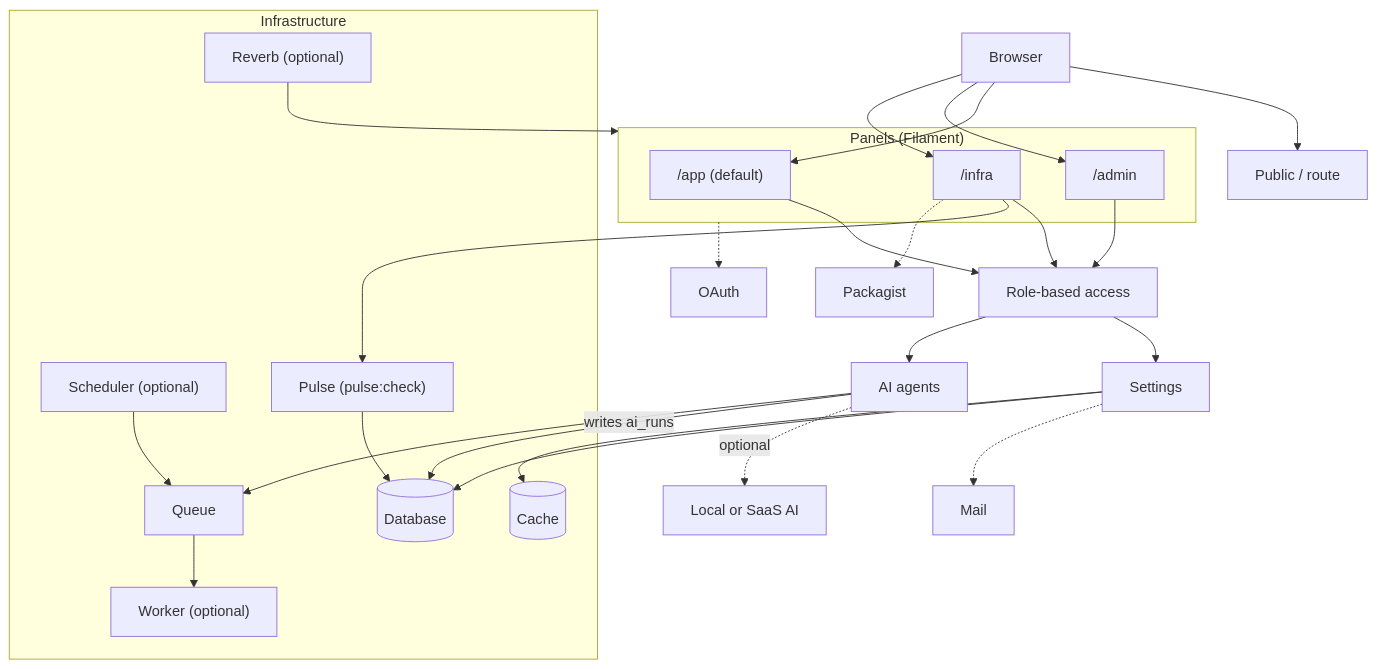
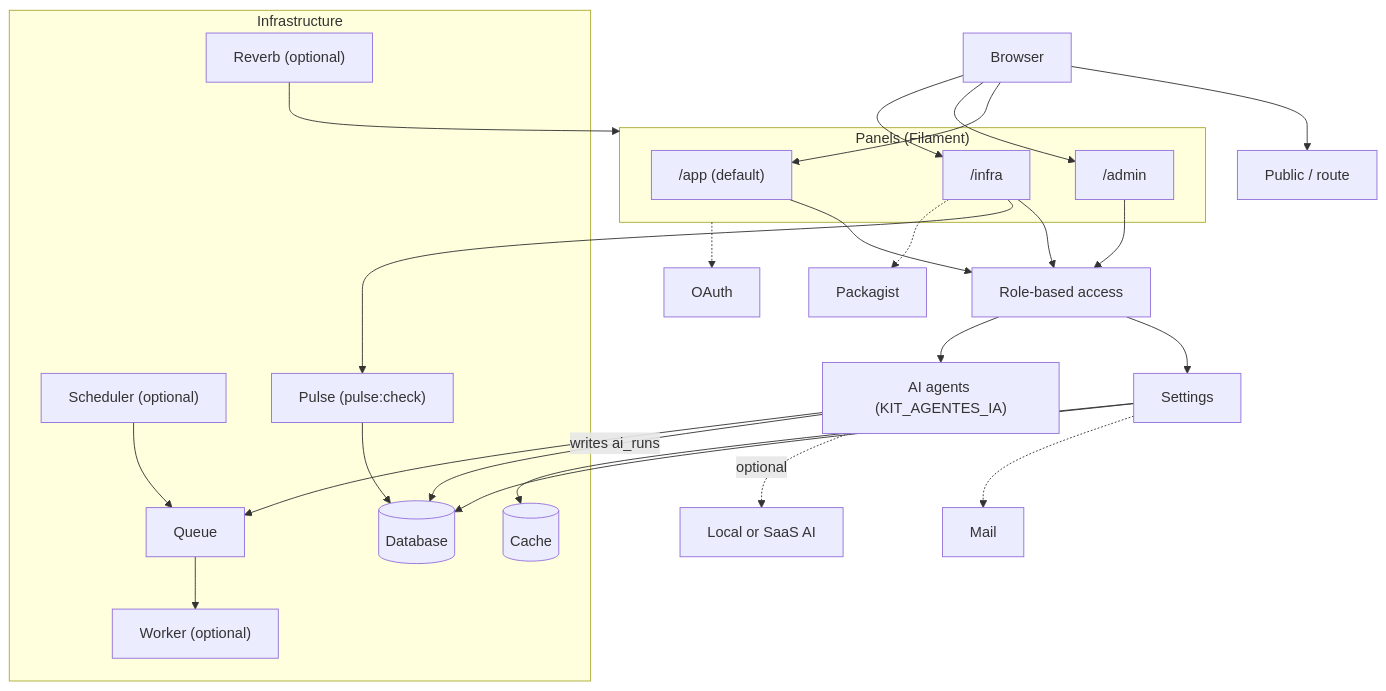
Before and after one commit to gsferro/filament-starter-kit-easy: the diagram in README.en.md, drawn with Mermaid. The commit also changed other lines of this file and 24 other files, not shown here.

````diff
--- a/README.en.md
+++ b/README.en.md
@@ -126,42 +126,42 @@
 ```mermaid
 flowchart TD
 %% DG-01
 accTitle: Layered architecture
 accDescr: From the browser to the three Filament panels, through role-based access, down to the database, queue, cache and the optional services.
   navegador[Browser] --> rota_publica["Public / route"]
   navegador --> painel_app
   navegador --> painel_admin
   navegador --> painel_infra
   subgraph camada_paineis ["Panels (Filament)"]
     painel_app["/app (default)"]
     painel_admin["/admin"]
     painel_infra["/infra"]
   end
   painel_app --> acesso_por_papel[Role-based access]
   painel_admin --> acesso_por_papel
   painel_infra --> acesso_por_papel
   acesso_por_papel --> configuracoes[Settings]
-  acesso_por_papel --> agentes_ia[AI agents]
+  acesso_por_papel --> agentes_ia["AI agents (KIT_AGENTES_IA)"]
   subgraph camada_infra ["Infrastructure"]
     banco[("Database")]
     fila[Queue]
     cache[("Cache")]
     worker["Worker (optional)"]
     agendador["Scheduler (optional)"]
     reverb["Reverb (optional)"]
     pulse["Pulse (pulse:check)"]
   end
   configuracoes --> banco
   configuracoes --> cache
   agentes_ia -->|"writes ai_runs"| banco
   agentes_ia --> fila
   fila --> worker
   agendador --> fila
   reverb --> camada_paineis
   painel_infra --> pulse
   pulse --> banco
   agentes_ia -.->|"optional"| ia_externa["Local or SaaS AI"]
   camada_paineis -.-> oauth["OAuth"]
   configuracoes -.-> email_externo["Mail"]
   painel_infra -.-> packagist["Packagist"]
 ```
````
